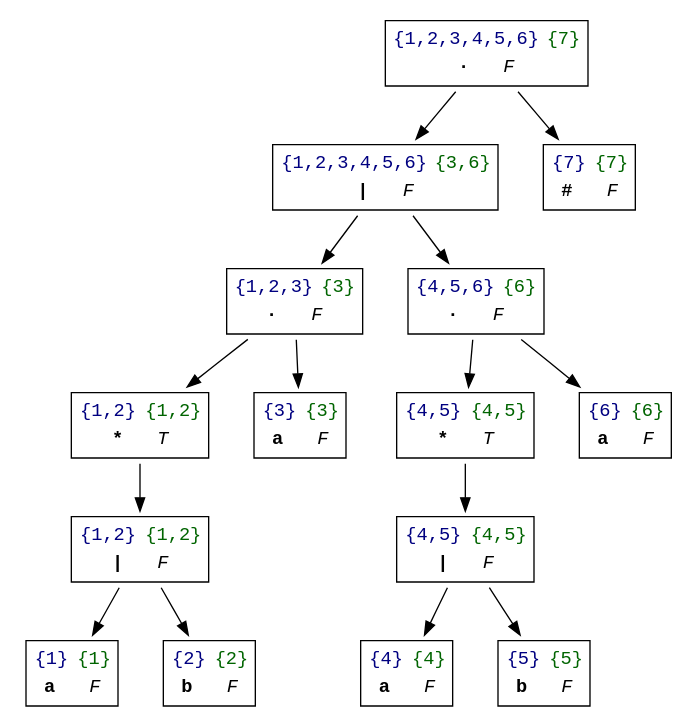
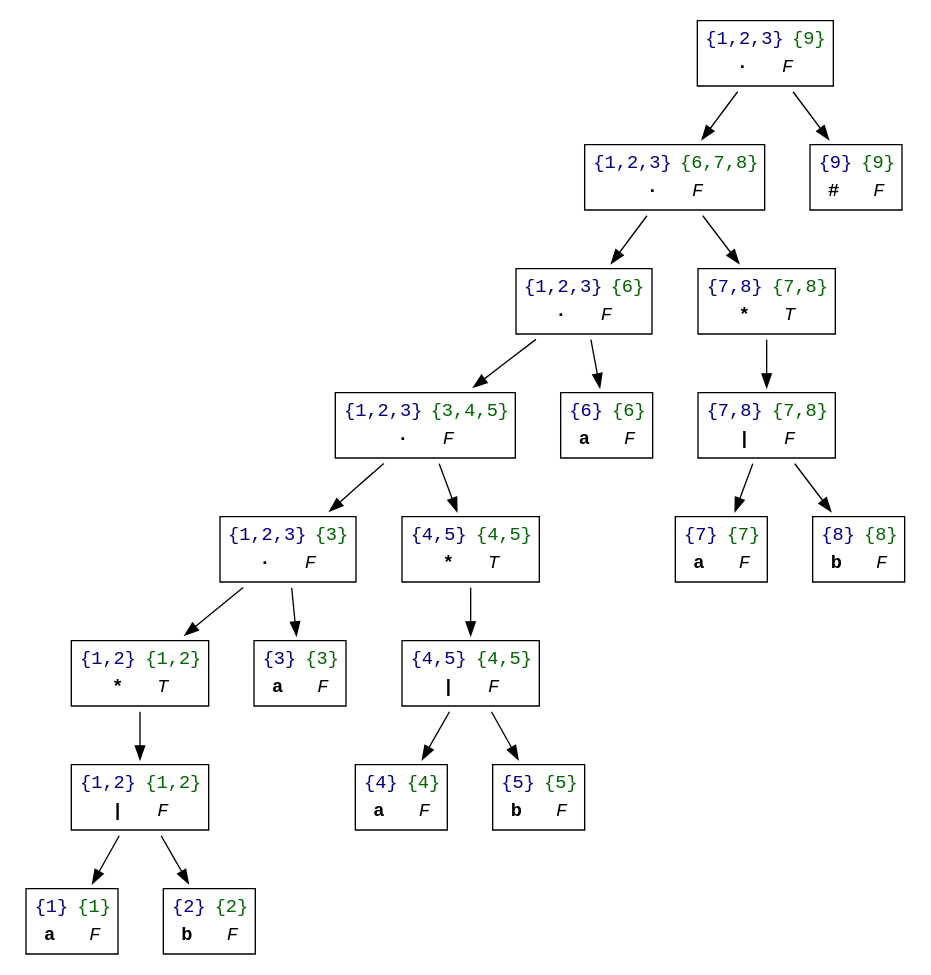
The diagram in out/AST_regex4.DOT (Jose-Merida-UVG/Compilers-1-CC3071), drawn with Graphviz before and after one commit. The commit also changed 16 other files, not shown here.

```diff
--- a/out/AST_regex4.DOT
+++ b/out/AST_regex4.DOT
@@ -1,33 +1,43 @@
 digraph "ast" {
 	rankdir=TB
 	node [shape=plaintext fontname="Courier"]
-	n0 [label=<<TABLE BORDER="1" CELLBORDER="0" CELLSPACING="3"><TR><TD ALIGN="CENTER"><FONT COLOR="navy">{1,2,3,4,5,6}</FONT></TD><TD ALIGN="CENTER"><FONT COLOR="darkgreen">{7}</FONT></TD></TR><TR><TD COLSPAN="2" ALIGN="CENTER"><B>·</B> &nbsp; <I>F</I></TD></TR></TABLE>>]
-	n1 [label=<<TABLE BORDER="1" CELLBORDER="0" CELLSPACING="3"><TR><TD ALIGN="CENTER"><FONT COLOR="navy">{1,2,3,4,5,6}</FONT></TD><TD ALIGN="CENTER"><FONT COLOR="darkgreen">{3,6}</FONT></TD></TR><TR><TD COLSPAN="2" ALIGN="CENTER"><B>|</B> &nbsp; <I>F</I></TD></TR></TABLE>>]
-	n2 [label=<<TABLE BORDER="1" CELLBORDER="0" CELLSPACING="3"><TR><TD ALIGN="CENTER"><FONT COLOR="navy">{1,2,3}</FONT></TD><TD ALIGN="CENTER"><FONT COLOR="darkgreen">{3}</FONT></TD></TR><TR><TD COLSPAN="2" ALIGN="CENTER"><B>·</B> &nbsp; <I>F</I></TD></TR></TABLE>>]
-	n3 [label=<<TABLE BORDER="1" CELLBORDER="0" CELLSPACING="3"><TR><TD ALIGN="CENTER"><FONT COLOR="navy">{1,2}</FONT></TD><TD ALIGN="CENTER"><FONT COLOR="darkgreen">{1,2}</FONT></TD></TR><TR><TD COLSPAN="2" ALIGN="CENTER"><B>*</B> &nbsp; <I>T</I></TD></TR></TABLE>>]
-	n4 [label=<<TABLE BORDER="1" CELLBORDER="0" CELLSPACING="3"><TR><TD ALIGN="CENTER"><FONT COLOR="navy">{1,2}</FONT></TD><TD ALIGN="CENTER"><FONT COLOR="darkgreen">{1,2}</FONT></TD></TR><TR><TD COLSPAN="2" ALIGN="CENTER"><B>|</B> &nbsp; <I>F</I></TD></TR></TABLE>>]
-	n5 [label=<<TABLE BORDER="1" CELLBORDER="0" CELLSPACING="3"><TR><TD ALIGN="CENTER"><FONT COLOR="navy">{1}</FONT></TD><TD ALIGN="CENTER"><FONT COLOR="darkgreen">{1}</FONT></TD></TR><TR><TD COLSPAN="2" ALIGN="CENTER"><B>a</B> &nbsp; <I>F</I></TD></TR></TABLE>>]
+	n0 [label=<<TABLE BORDER="1" CELLBORDER="0" CELLSPACING="3"><TR><TD ALIGN="CENTER"><FONT COLOR="navy">{1,2,3}</FONT></TD><TD ALIGN="CENTER"><FONT COLOR="darkgreen">{9}</FONT></TD></TR><TR><TD COLSPAN="2" ALIGN="CENTER"><B>·</B> &nbsp; <I>F</I></TD></TR></TABLE>>]
+	n1 [label=<<TABLE BORDER="1" CELLBORDER="0" CELLSPACING="3"><TR><TD ALIGN="CENTER"><FONT COLOR="navy">{1,2,3}</FONT></TD><TD ALIGN="CENTER"><FONT COLOR="darkgreen">{6,7,8}</FONT></TD></TR><TR><TD COLSPAN="2" ALIGN="CENTER"><B>·</B> &nbsp; <I>F</I></TD></TR></TABLE>>]
+	n2 [label=<<TABLE BORDER="1" CELLBORDER="0" CELLSPACING="3"><TR><TD ALIGN="CENTER"><FONT COLOR="navy">{1,2,3}</FONT></TD><TD ALIGN="CENTER"><FONT COLOR="darkgreen">{6}</FONT></TD></TR><TR><TD COLSPAN="2" ALIGN="CENTER"><B>·</B> &nbsp; <I>F</I></TD></TR></TABLE>>]
+	n3 [label=<<TABLE BORDER="1" CELLBORDER="0" CELLSPACING="3"><TR><TD ALIGN="CENTER"><FONT COLOR="navy">{1,2,3}</FONT></TD><TD ALIGN="CENTER"><FONT COLOR="darkgreen">{3,4,5}</FONT></TD></TR><TR><TD COLSPAN="2" ALIGN="CENTER"><B>·</B> &nbsp; <I>F</I></TD></TR></TABLE>>]
+	n4 [label=<<TABLE BORDER="1" CELLBORDER="0" CELLSPACING="3"><TR><TD ALIGN="CENTER"><FONT COLOR="navy">{1,2,3}</FONT></TD><TD ALIGN="CENTER"><FONT COLOR="darkgreen">{3}</FONT></TD></TR><TR><TD COLSPAN="2" ALIGN="CENTER"><B>·</B> &nbsp; <I>F</I></TD></TR></TABLE>>]
+	n5 [label=<<TABLE BORDER="1" CELLBORDER="0" CELLSPACING="3"><TR><TD ALIGN="CENTER"><FONT COLOR="navy">{1,2}</FONT></TD><TD ALIGN="CENTER"><FONT COLOR="darkgreen">{1,2}</FONT></TD></TR><TR><TD COLSPAN="2" ALIGN="CENTER"><B>*</B> &nbsp; <I>T</I></TD></TR></TABLE>>]
+	n6 [label=<<TABLE BORDER="1" CELLBORDER="0" CELLSPACING="3"><TR><TD ALIGN="CENTER"><FONT COLOR="navy">{1,2}</FONT></TD><TD ALIGN="CENTER"><FONT COLOR="darkgreen">{1,2}</FONT></TD></TR><TR><TD COLSPAN="2" ALIGN="CENTER"><B>|</B> &nbsp; <I>F</I></TD></TR></TABLE>>]
+	n7 [label=<<TABLE BORDER="1" CELLBORDER="0" CELLSPACING="3"><TR><TD ALIGN="CENTER"><FONT COLOR="navy">{1}</FONT></TD><TD ALIGN="CENTER"><FONT COLOR="darkgreen">{1}</FONT></TD></TR><TR><TD COLSPAN="2" ALIGN="CENTER"><B>a</B> &nbsp; <I>F</I></TD></TR></TABLE>>]
+	n6 -> n7
+	n8 [label=<<TABLE BORDER="1" CELLBORDER="0" CELLSPACING="3"><TR><TD ALIGN="CENTER"><FONT COLOR="navy">{2}</FONT></TD><TD ALIGN="CENTER"><FONT COLOR="darkgreen">{2}</FONT></TD></TR><TR><TD COLSPAN="2" ALIGN="CENTER"><B>b</B> &nbsp; <I>F</I></TD></TR></TABLE>>]
+	n6 -> n8
+	n5 -> n6
 	n4 -> n5
-	n6 [label=<<TABLE BORDER="1" CELLBORDER="0" CELLSPACING="3"><TR><TD ALIGN="CENTER"><FONT COLOR="navy">{2}</FONT></TD><TD ALIGN="CENTER"><FONT COLOR="darkgreen">{2}</FONT></TD></TR><TR><TD COLSPAN="2" ALIGN="CENTER"><B>b</B> &nbsp; <I>F</I></TD></TR></TABLE>>]
-	n4 -> n6
+	n9 [label=<<TABLE BORDER="1" CELLBORDER="0" CELLSPACING="3"><TR><TD ALIGN="CENTER"><FONT COLOR="navy">{3}</FONT></TD><TD ALIGN="CENTER"><FONT COLOR="darkgreen">{3}</FONT></TD></TR><TR><TD COLSPAN="2" ALIGN="CENTER"><B>a</B> &nbsp; <I>F</I></TD></TR></TABLE>>]
+	n4 -> n9
 	n3 -> n4
+	n10 [label=<<TABLE BORDER="1" CELLBORDER="0" CELLSPACING="3"><TR><TD ALIGN="CENTER"><FONT COLOR="navy">{4,5}</FONT></TD><TD ALIGN="CENTER"><FONT COLOR="darkgreen">{4,5}</FONT></TD></TR><TR><TD COLSPAN="2" ALIGN="CENTER"><B>*</B> &nbsp; <I>T</I></TD></TR></TABLE>>]
+	n11 [label=<<TABLE BORDER="1" CELLBORDER="0" CELLSPACING="3"><TR><TD ALIGN="CENTER"><FONT COLOR="navy">{4,5}</FONT></TD><TD ALIGN="CENTER"><FONT COLOR="darkgreen">{4,5}</FONT></TD></TR><TR><TD COLSPAN="2" ALIGN="CENTER"><B>|</B> &nbsp; <I>F</I></TD></TR></TABLE>>]
+	n12 [label=<<TABLE BORDER="1" CELLBORDER="0" CELLSPACING="3"><TR><TD ALIGN="CENTER"><FONT COLOR="navy">{4}</FONT></TD><TD ALIGN="CENTER"><FONT COLOR="darkgreen">{4}</FONT></TD></TR><TR><TD COLSPAN="2" ALIGN="CENTER"><B>a</B> &nbsp; <I>F</I></TD></TR></TABLE>>]
+	n11 -> n12
+	n13 [label=<<TABLE BORDER="1" CELLBORDER="0" CELLSPACING="3"><TR><TD ALIGN="CENTER"><FONT COLOR="navy">{5}</FONT></TD><TD ALIGN="CENTER"><FONT COLOR="darkgreen">{5}</FONT></TD></TR><TR><TD COLSPAN="2" ALIGN="CENTER"><B>b</B> &nbsp; <I>F</I></TD></TR></TABLE>>]
+	n11 -> n13
+	n10 -> n11
+	n3 -> n10
 	n2 -> n3
-	n7 [label=<<TABLE BORDER="1" CELLBORDER="0" CELLSPACING="3"><TR><TD ALIGN="CENTER"><FONT COLOR="navy">{3}</FONT></TD><TD ALIGN="CENTER"><FONT COLOR="darkgreen">{3}</FONT></TD></TR><TR><TD COLSPAN="2" ALIGN="CENTER"><B>a</B> &nbsp; <I>F</I></TD></TR></TABLE>>]
-	n2 -> n7
+	n14 [label=<<TABLE BORDER="1" CELLBORDER="0" CELLSPACING="3"><TR><TD ALIGN="CENTER"><FONT COLOR="navy">{6}</FONT></TD><TD ALIGN="CENTER"><FONT COLOR="darkgreen">{6}</FONT></TD></TR><TR><TD COLSPAN="2" ALIGN="CENTER"><B>a</B> &nbsp; <I>F</I></TD></TR></TABLE>>]
+	n2 -> n14
 	n1 -> n2
-	n8 [label=<<TABLE BORDER="1" CELLBORDER="0" CELLSPACING="3"><TR><TD ALIGN="CENTER"><FONT COLOR="navy">{4,5,6}</FONT></TD><TD ALIGN="CENTER"><FONT COLOR="darkgreen">{6}</FONT></TD></TR><TR><TD COLSPAN="2" ALIGN="CENTER"><B>·</B> &nbsp; <I>F</I></TD></TR></TABLE>>]
-	n9 [label=<<TABLE BORDER="1" CELLBORDER="0" CELLSPACING="3"><TR><TD ALIGN="CENTER"><FONT COLOR="navy">{4,5}</FONT></TD><TD ALIGN="CENTER"><FONT COLOR="darkgreen">{4,5}</FONT></TD></TR><TR><TD COLSPAN="2" ALIGN="CENTER"><B>*</B> &nbsp; <I>T</I></TD></TR></TABLE>>]
-	n10 [label=<<TABLE BORDER="1" CELLBORDER="0" CELLSPACING="3"><TR><TD ALIGN="CENTER"><FONT COLOR="navy">{4,5}</FONT></TD><TD ALIGN="CENTER"><FONT COLOR="darkgreen">{4,5}</FONT></TD></TR><TR><TD COLSPAN="2" ALIGN="CENTER"><B>|</B> &nbsp; <I>F</I></TD></TR></TABLE>>]
-	n11 [label=<<TABLE BORDER="1" CELLBORDER="0" CELLSPACING="3"><TR><TD ALIGN="CENTER"><FONT COLOR="navy">{4}</FONT></TD><TD ALIGN="CENTER"><FONT COLOR="darkgreen">{4}</FONT></TD></TR><TR><TD COLSPAN="2" ALIGN="CENTER"><B>a</B> &nbsp; <I>F</I></TD></TR></TABLE>>]
-	n10 -> n11
-	n12 [label=<<TABLE BORDER="1" CELLBORDER="0" CELLSPACING="3"><TR><TD ALIGN="CENTER"><FONT COLOR="navy">{5}</FONT></TD><TD ALIGN="CENTER"><FONT COLOR="darkgreen">{5}</FONT></TD></TR><TR><TD COLSPAN="2" ALIGN="CENTER"><B>b</B> &nbsp; <I>F</I></TD></TR></TABLE>>]
-	n10 -> n12
-	n9 -> n10
-	n8 -> n9
-	n13 [label=<<TABLE BORDER="1" CELLBORDER="0" CELLSPACING="3"><TR><TD ALIGN="CENTER"><FONT COLOR="navy">{6}</FONT></TD><TD ALIGN="CENTER"><FONT COLOR="darkgreen">{6}</FONT></TD></TR><TR><TD COLSPAN="2" ALIGN="CENTER"><B>a</B> &nbsp; <I>F</I></TD></TR></TABLE>>]
-	n8 -> n13
-	n1 -> n8
+	n15 [label=<<TABLE BORDER="1" CELLBORDER="0" CELLSPACING="3"><TR><TD ALIGN="CENTER"><FONT COLOR="navy">{7,8}</FONT></TD><TD ALIGN="CENTER"><FONT COLOR="darkgreen">{7,8}</FONT></TD></TR><TR><TD COLSPAN="2" ALIGN="CENTER"><B>*</B> &nbsp; <I>T</I></TD></TR></TABLE>>]
+	n16 [label=<<TABLE BORDER="1" CELLBORDER="0" CELLSPACING="3"><TR><TD ALIGN="CENTER"><FONT COLOR="navy">{7,8}</FONT></TD><TD ALIGN="CENTER"><FONT COLOR="darkgreen">{7,8}</FONT></TD></TR><TR><TD COLSPAN="2" ALIGN="CENTER"><B>|</B> &nbsp; <I>F</I></TD></TR></TABLE>>]
+	n17 [label=<<TABLE BORDER="1" CELLBORDER="0" CELLSPACING="3"><TR><TD ALIGN="CENTER"><FONT COLOR="navy">{7}</FONT></TD><TD ALIGN="CENTER"><FONT COLOR="darkgreen">{7}</FONT></TD></TR><TR><TD COLSPAN="2" ALIGN="CENTER"><B>a</B> &nbsp; <I>F</I></TD></TR></TABLE>>]
+	n16 -> n17
+	n18 [label=<<TABLE BORDER="1" CELLBORDER="0" CELLSPACING="3"><TR><TD ALIGN="CENTER"><FONT COLOR="navy">{8}</FONT></TD><TD ALIGN="CENTER"><FONT COLOR="darkgreen">{8}</FONT></TD></TR><TR><TD COLSPAN="2" ALIGN="CENTER"><B>b</B> &nbsp; <I>F</I></TD></TR></TABLE>>]
+	n16 -> n18
+	n15 -> n16
+	n1 -> n15
 	n0 -> n1
-	n14 [label=<<TABLE BORDER="1" CELLBORDER="0" CELLSPACING="3"><TR><TD ALIGN="CENTER"><FONT COLOR="navy">{7}</FONT></TD><TD ALIGN="CENTER"><FONT COLOR="darkgreen">{7}</FONT></TD></TR><TR><TD COLSPAN="2" ALIGN="CENTER"><B>#</B> &nbsp; <I>F</I></TD></TR></TABLE>>]
-	n0 -> n14
+	n19 [label=<<TABLE BORDER="1" CELLBORDER="0" CELLSPACING="3"><TR><TD ALIGN="CENTER"><FONT COLOR="navy">{9}</FONT></TD><TD ALIGN="CENTER"><FONT COLOR="darkgreen">{9}</FONT></TD></TR><TR><TD COLSPAN="2" ALIGN="CENTER"><B>#</B> &nbsp; <I>F</I></TD></TR></TABLE>>]
+	n0 -> n19
 }
```
